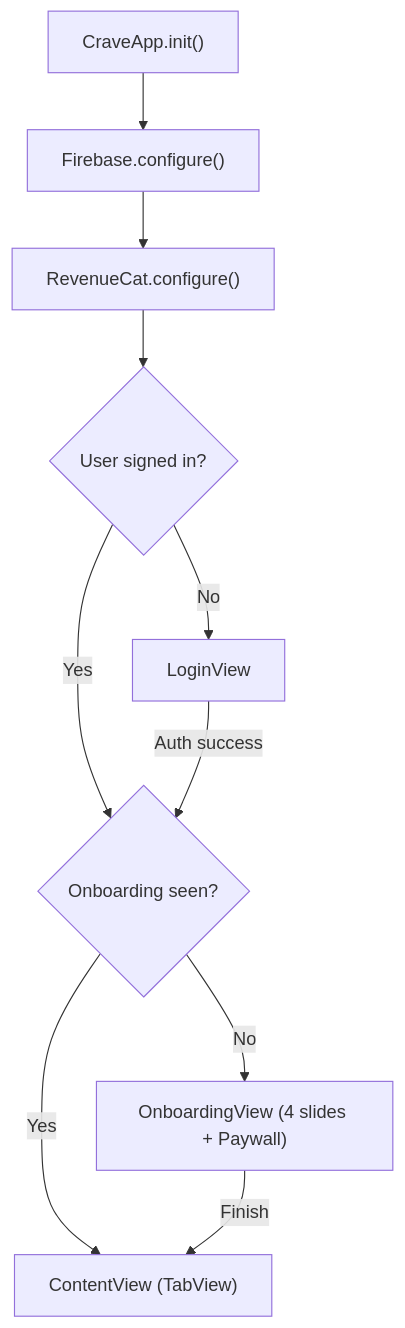
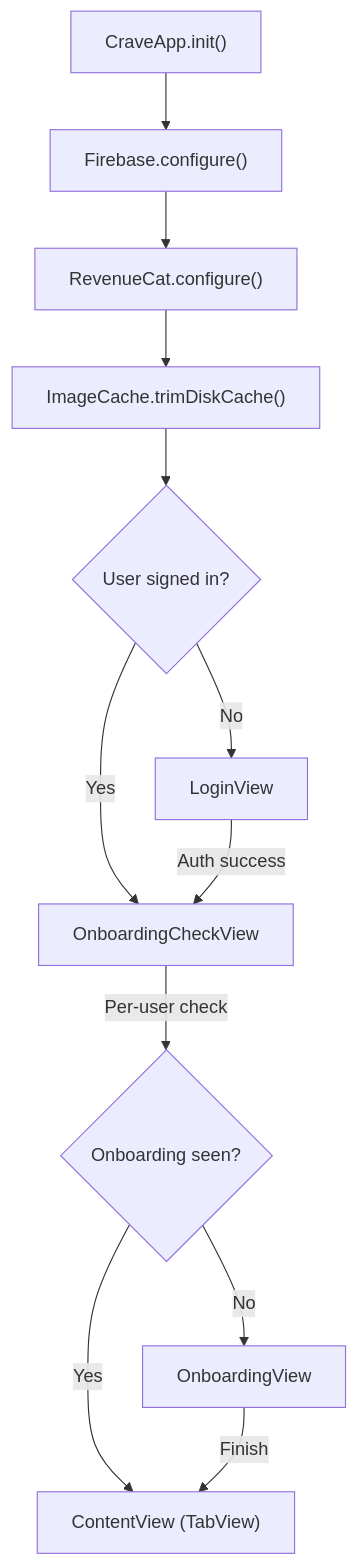
The diagram in content/docs/architecture.md (krishnayah/crave-technical), drawn with Mermaid before and after one commit. The commit also changed other lines of this file and 10 other files, not shown here.

````diff
--- a/content/docs/architecture.md
+++ b/content/docs/architecture.md
@@ -5,12 +5,14 @@
 ```mermaid
 graph TD
     A["CraveApp.init()"] --> B["Firebase.configure()"]
     B --> C["RevenueCat.configure()"]
-    C --> D{"User signed in?"}
-    D -->|No| E["LoginView"]
-    D -->|Yes| F{"Onboarding seen?"}
-    F -->|No| G["OnboardingView (4 slides + Paywall)"]
-    F -->|Yes| H["ContentView (TabView)"]
-    G -->|"Finish"| H
-    E -->|"Auth success"| F
+    C --> D["ImageCache.trimDiskCache()"]
+    D --> E{"User signed in?"}
+    E -->|No| F["LoginView"]
+    E -->|Yes| G["OnboardingCheckView"]
+    G -->|"Per-user check"| H{"Onboarding seen?"}
+    H -->|No| I["OnboardingView"]
+    H -->|Yes| J["ContentView (TabView)"]
+    I -->|"Finish"| J
+    F -->|"Auth success"| G
 ```
````
